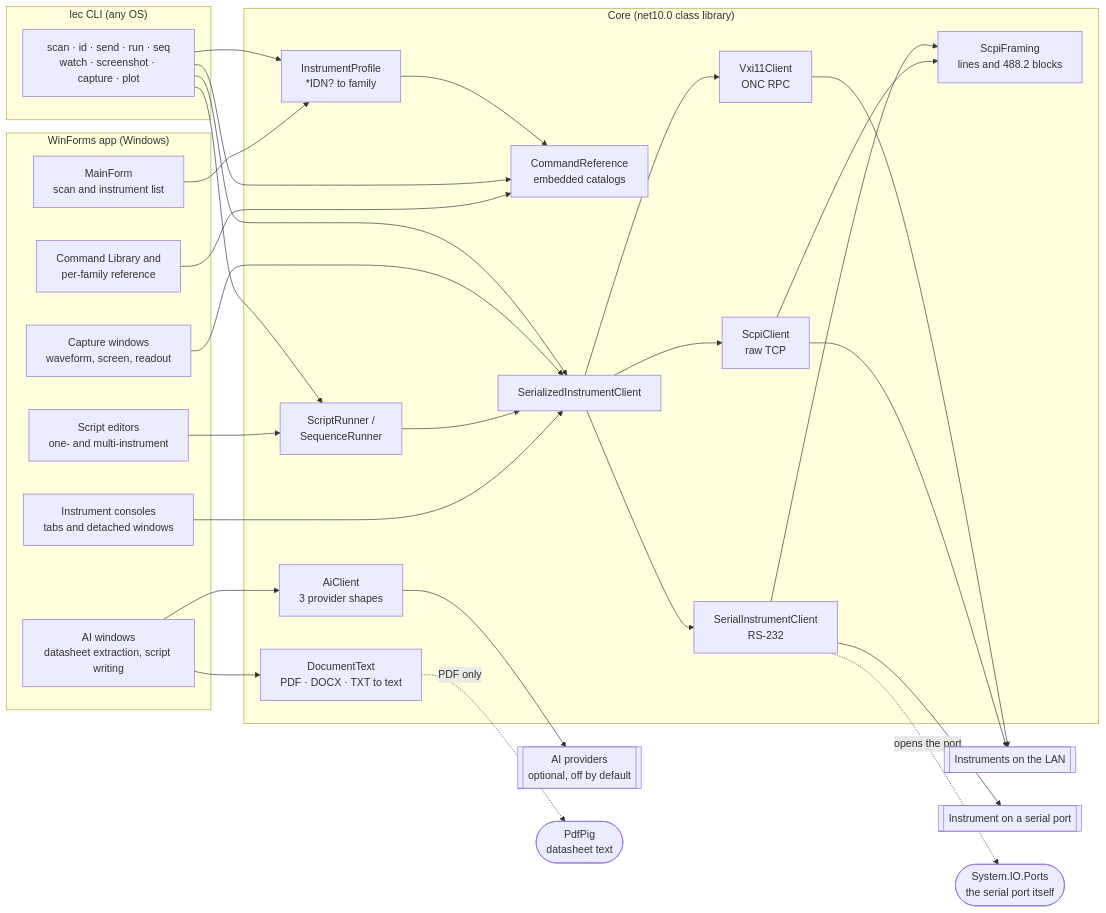
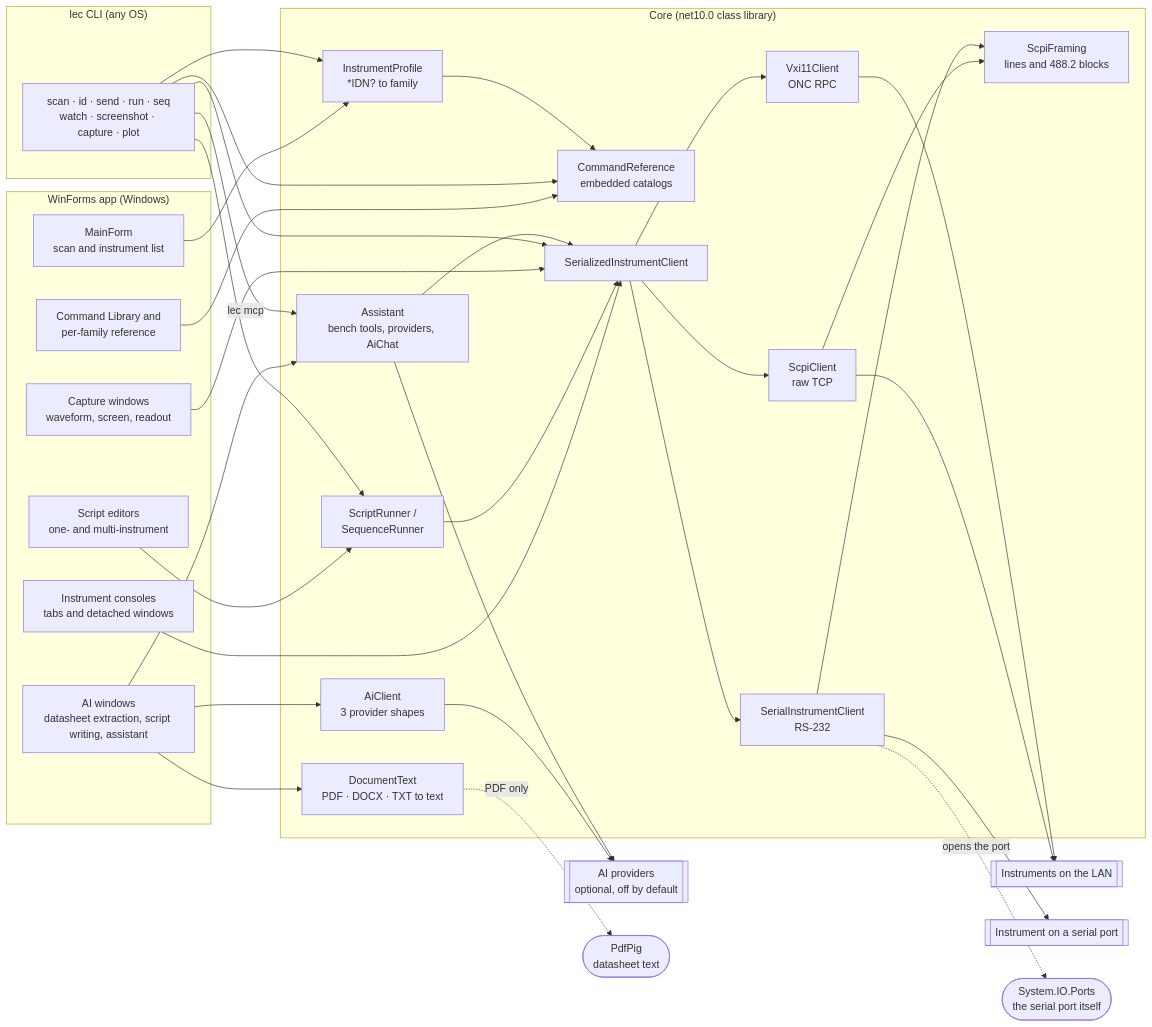
The first of 3 diagrams in docs/ARCHITECTURE.md (EECSB/LabEquipmentController), drawn with Mermaid before and after one commit. The commit also changed other lines of this file and 123 other files, not shown here.

````diff
--- a/docs/ARCHITECTURE.md
+++ b/docs/ARCHITECTURE.md
@@ -53,55 +53,60 @@
 ```mermaid
 flowchart LR
     subgraph CLI["lec CLI (any OS)"]
         VERB["scan · id · send · run · seq<br/>watch · screenshot · capture · plot"]
     end
 
     subgraph UI["WinForms app (Windows)"]
         MF["MainForm<br/>scan and instrument list"]
         IC["Instrument consoles<br/>tabs and detached windows"]
         SF["Script editors<br/>one- and multi-instrument"]
         CL["Command Library and<br/>per-family reference"]
         CAP["Capture windows<br/>waveform, screen, readout"]
-        EXT["AI windows<br/>datasheet extraction, script writing"]
+        EXT["AI windows<br/>datasheet extraction, script writing, assistant"]
     end
 
     subgraph CORE["Core (net10.0 class library)"]
         PROF["InstrumentProfile<br/>*IDN? to family"]
         REF["CommandReference<br/>embedded catalogs"]
         RUN["ScriptRunner /<br/>SequenceRunner"]
         SER["SerializedInstrumentClient"]
         SCPI["ScpiClient<br/>raw TCP"]
         VXI["Vxi11Client<br/>ONC RPC"]
         RS["SerialInstrumentClient<br/>RS-232"]
         FRM["ScpiFraming<br/>lines and 488.2 blocks"]
         AI["AiClient<br/>3 provider shapes"]
+        ASST["Assistant<br/>bench tools, providers, AiChat"]
         DOC["DocumentText<br/>PDF · DOCX · TXT to text"]
     end
 
     INST[["Instruments on the LAN"]]
     RSINST[["Instrument on a serial port"]]
     PROV[["AI providers<br/>optional, off by default"]]
     PIG(["PdfPig<br/>datasheet text"])
     PORTS(["System.IO.Ports<br/>the serial port itself"])
 
     MF --> PROF
     IC --> SER
     SF --> RUN --> SER
     CL --> REF
     CAP --> SER
     VERB --> PROF
     VERB --> RUN
     VERB --> REF
     VERB --> SER
     PROF --> REF
     SER --> SCPI --> INST
     SER --> VXI --> INST
     SER --> RS --> RSINST
     SCPI --> FRM
     RS --> FRM
     RS -.->|"opens the port"| PORTS
     EXT --> DOC
     EXT --> AI
+    EXT --> ASST
+    VERB -->|"lec mcp"| ASST
+    ASST --> SER
     DOC -.->|"PDF only"| PIG
     AI --> PROV
+    ASST --> PROV
 ```
````
